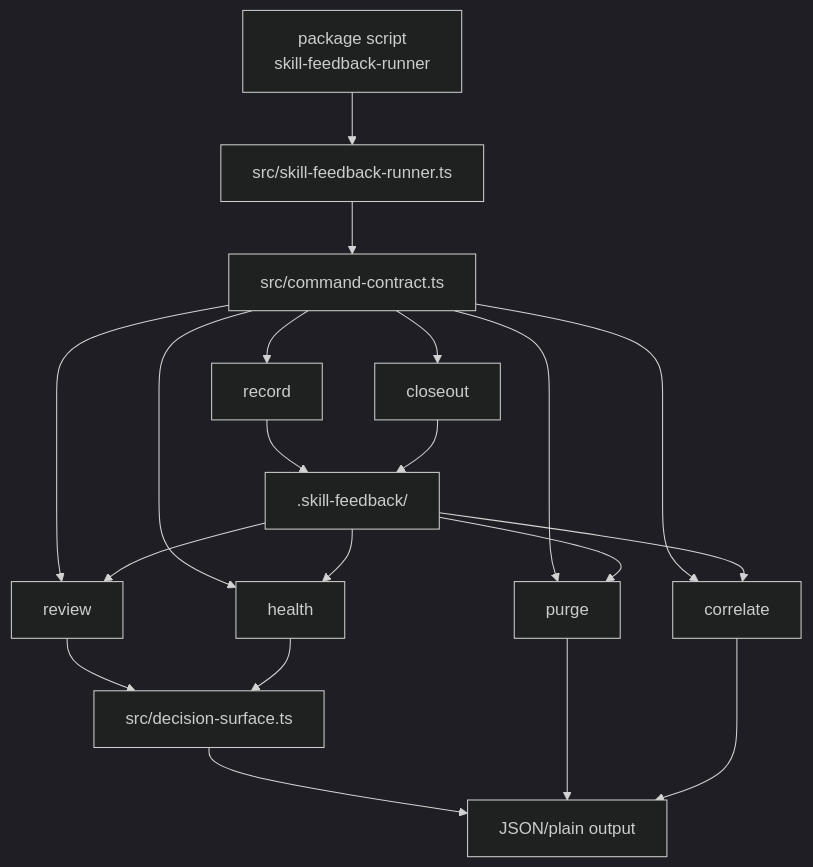
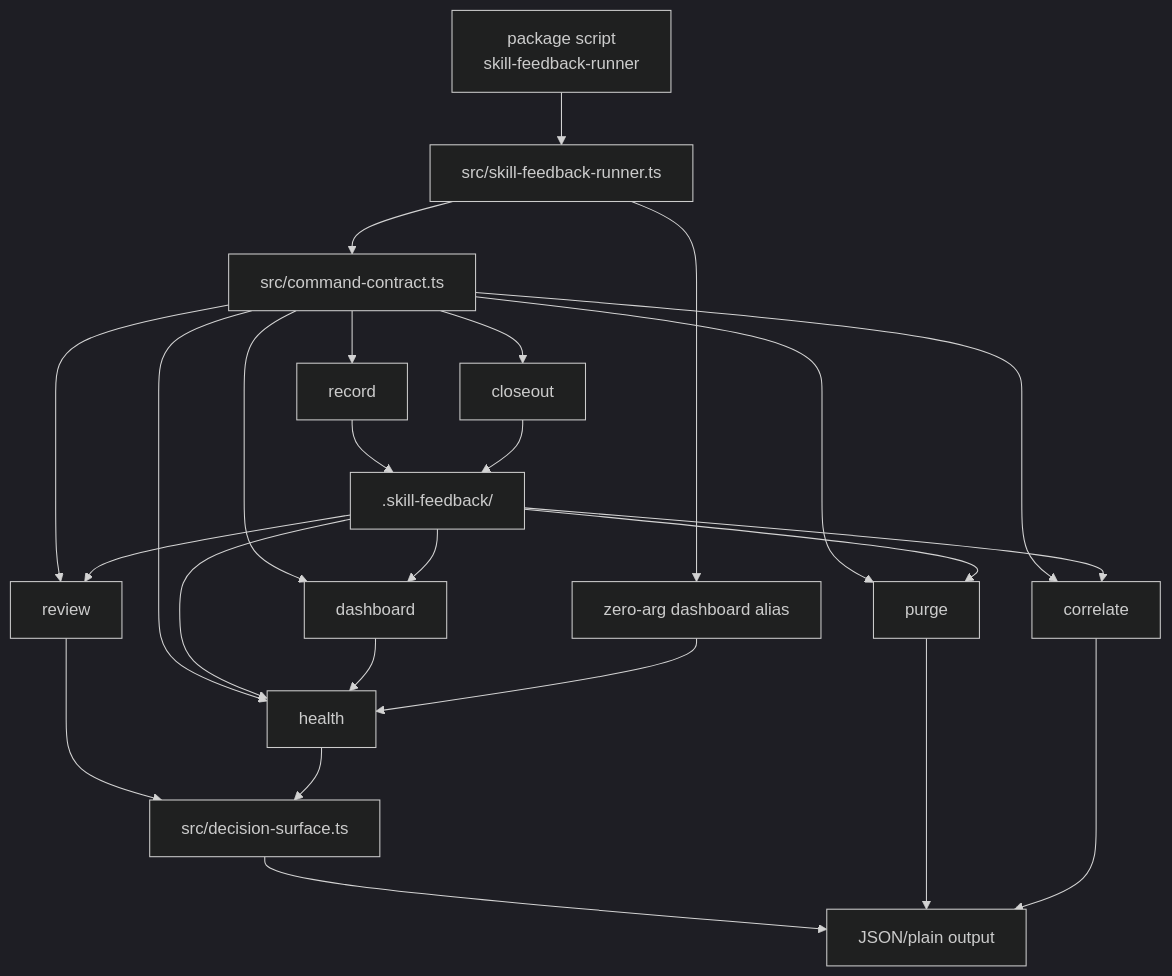
One commit to nathanvale/claude-code-config changed the first of 5 diagrams in skills/skill-feedback/ARCHITECTURE.md. Above: the diagram before and after it, drawn with Mermaid (dark theme). The commit also changed other lines of this file and 15 other files, not shown here.

````diff
--- a/skills/skill-feedback/ARCHITECTURE.md
+++ b/skills/skill-feedback/ARCHITECTURE.md
@@ -41,22 +43,27 @@
 ```mermaid
 flowchart TD
   Script["package script<br/>skill-feedback-runner"] --> Runner["src/skill-feedback-runner.ts"]
   Runner --> Contract["src/command-contract.ts"]
+  Runner --> Dashboard["zero-arg dashboard alias"]
   Contract --> Record["record"]
   Contract --> Closeout["closeout"]
+  Contract --> DashboardCommand["dashboard"]
   Contract --> Review["review"]
   Contract --> Health["health"]
   Contract --> Purge["purge"]
   Contract --> Correlate["correlate"]
   Record --> Inbox[".skill-feedback/"]
   Closeout --> Inbox
   Inbox --> Review
   Inbox --> Health
+  Inbox --> DashboardCommand
   Inbox --> Purge
   Inbox --> Correlate
   Review --> Surface["src/decision-surface.ts"]
   Health --> Surface
+  DashboardCommand --> Health
+  Dashboard --> Health
   Surface --> Output["JSON/plain output"]
   Purge --> Output
   Correlate --> Output
 ```
````
